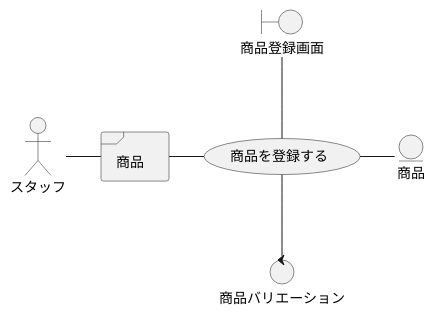
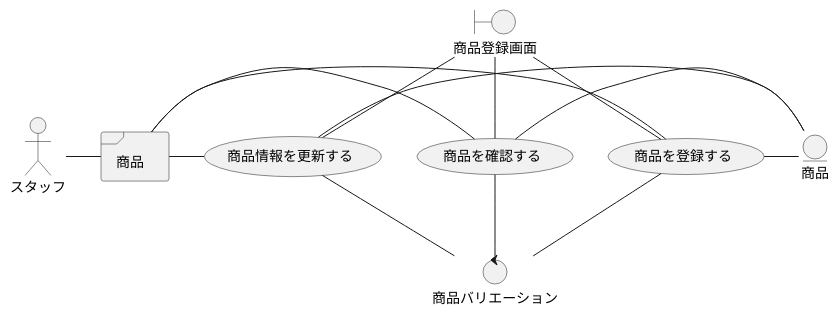
Diagram 21 of 49 in docs/index.adoc (k2works/application_programing_excercise_2022), drawn with PlantUML before and after one commit. The commit also changed other lines of this file, not shown here.

```diff
--- a/docs/index.adoc
+++ b/docs/index.adoc
@@ -738,17 +759,27 @@
 [plantuml]
 ----
 @startuml
 actor "スタッフ" as ac_01
 frame "商品" as f01
 usecase "商品を登録する" as UC1
+usecase "商品を確認する" as UC2
+usecase "商品情報を更新する" as UC3
 boundary "商品登録画面" as b01
 entity "商品" as e01
 control "商品バリエーション" as c01
 
 ac_01 - f01
 f01 - UC1
+f01 - UC2
+f01 - UC3
 b01 -- UC1
+b01 -- UC2
+b01 -- UC3
 UC1 - e01
+UC2 - e01
+UC3 - e01
 UC1 -- c01
+UC2 -- c01
+UC3 -- c01
 @enduml
 ----
```
